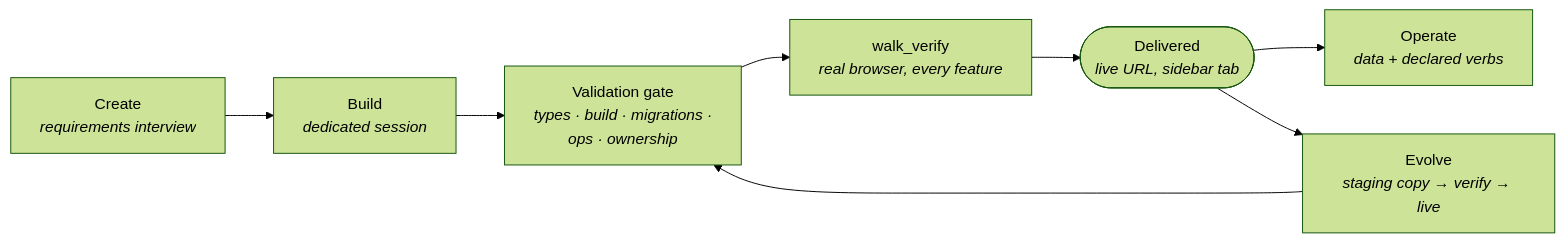
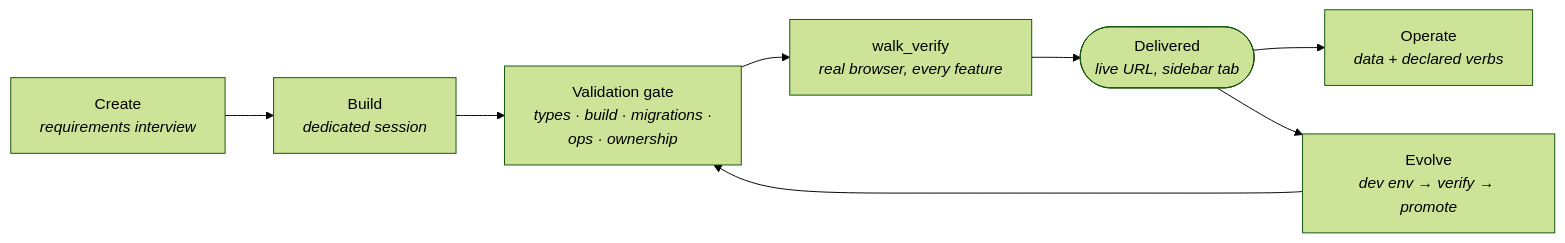
The diagram in mkdocs/docs/living-ui/index.md (CraftOS-dev/CraftBot), drawn with Mermaid (forest theme) before and after one commit. The commit also changed other lines of this file and 24 other files, not shown here.

Commit message:
fix: unify Living UI dev/live lifecycle to stop live pb_data wipes

````diff
--- a/mkdocs/docs/living-ui/index.md
+++ b/mkdocs/docs/living-ui/index.md
@@ -50,10 +50,10 @@
 ```mermaid
 flowchart LR
     C["Create<br/><i>requirements interview</i>"] --> B["Build<br/><i>dedicated session</i>"]
     B --> G["Validation gate<br/><i>types · build · migrations ·<br/>ops · ownership</i>"]
     G --> W["walk_verify<br/><i>real browser, every feature</i>"]
     W --> D(["Delivered<br/><i>live URL, sidebar tab</i>"])
     D --> OP["Operate<br/><i>data + declared verbs</i>"]
-    D --> MOD["Evolve<br/><i>staging copy → verify → live</i>"]
+    D --> MOD["Evolve<br/><i>dev env → verify → promote</i>"]
     MOD --> G
 ```
````
